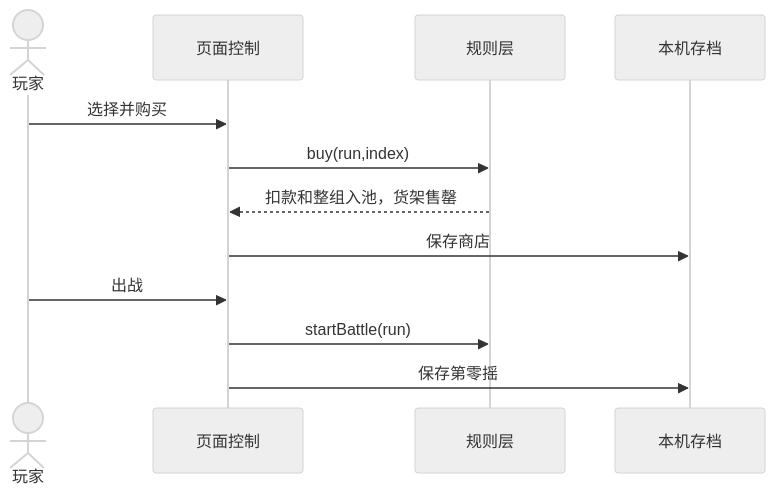
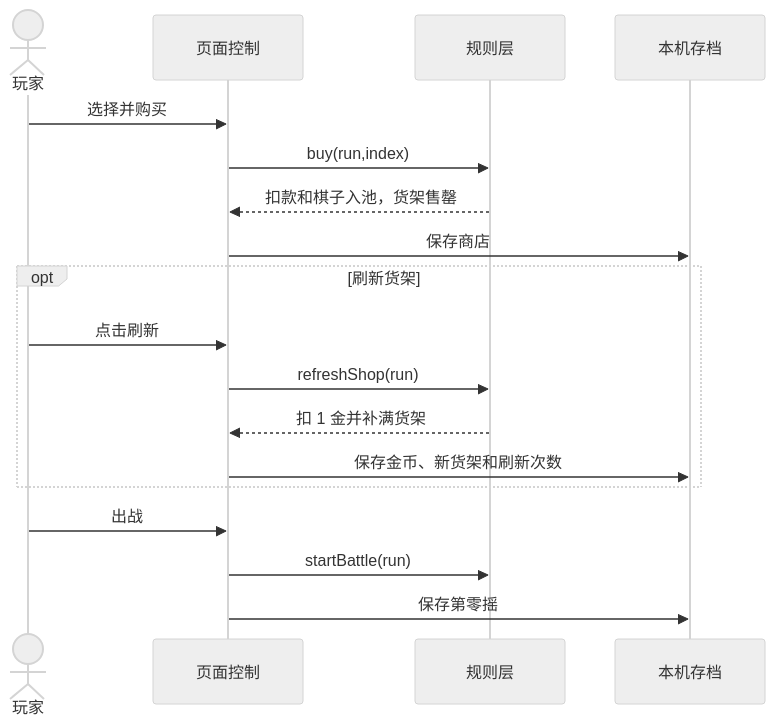
One commit to saiqi1999/ROLLBOUND changed the first of 2 diagrams in docs/网页原型设计方案.md. Above: the diagram before and after it, drawn with Mermaid (neutral theme). The commit also changed other lines of this file and 6 other files, not shown here.

````diff
--- a/docs/网页原型设计方案.md
+++ b/docs/网页原型设计方案.md
@@ -73,14 +74,20 @@
 ```mermaid
 sequenceDiagram
     actor P as 玩家
     participant U as 页面控制
     participant E as 规则层
     participant S as 本机存档
     P->>U: 选择并购买
     U->>E: buy(run,index)
-    E-->>U: 扣款和整组入池，货架售罄
+    E-->>U: 扣款和棋子入池，货架售罄
     U->>S: 保存商店
+    opt 刷新货架
+        P->>U: 点击刷新
+        U->>E: refreshShop(run)
+        E-->>U: 扣 1 金并补满货架
+        U->>S: 保存金币、新货架和刷新次数
+    end
     P->>U: 出战
     U->>E: startBattle(run)
     U->>S: 保存第零摇
 ```
````
